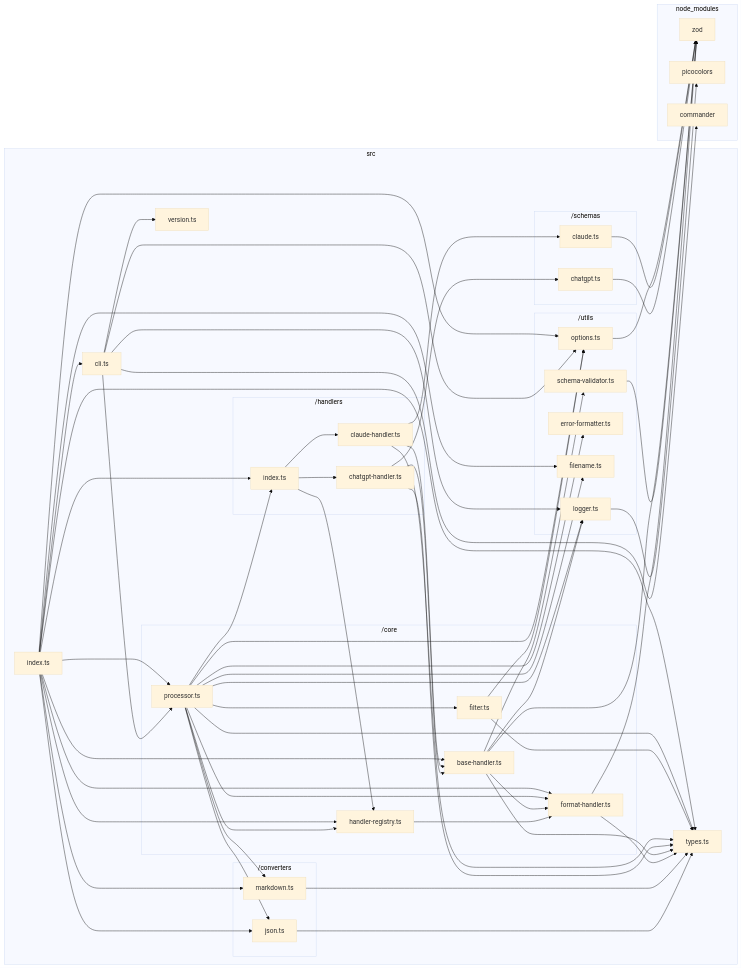
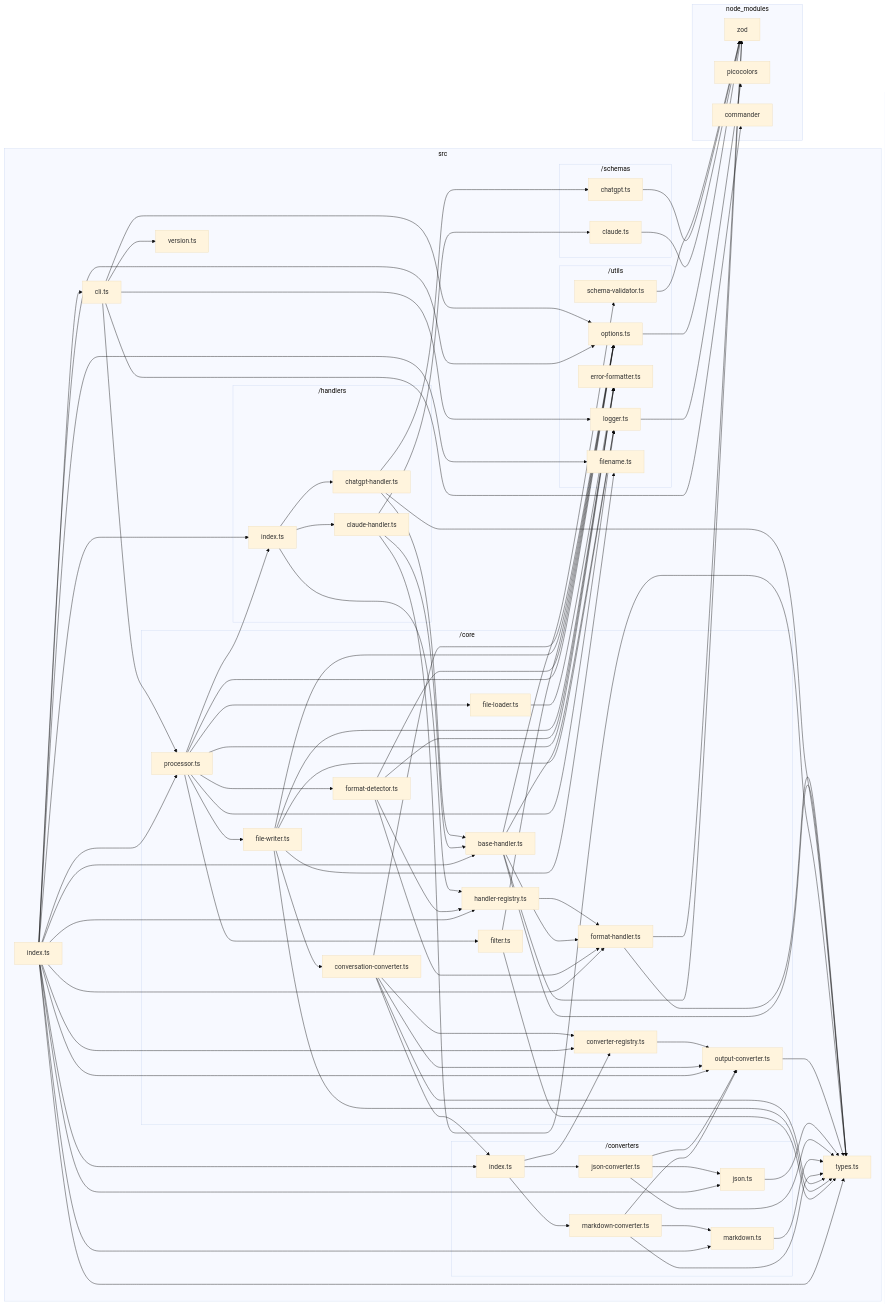
One commit to sugurutakahashi-1234/ai-chat-md-export changed the diagram in docs/dependency-graphs/typescript-graph.md. Above: the diagram before and after it, drawn with Mermaid (base theme). The commit also changed 10 other files, not shown here.

Commit message:
feat: implement conversation converter and file writer for output handling

```diff
--- a/docs/dependency-graphs/typescript-graph.md
+++ b/docs/dependency-graphs/typescript-graph.md
@@ -11,23 +11,25 @@
         src/version.ts["version.ts"]
         src/cli.ts["cli.ts"]
         src/index.ts["index.ts"]
-        subgraph src/converters["/converters"]
-            src/converters/json.ts["json.ts"]
-            src/converters/markdown.ts["markdown.ts"]
-        end
         subgraph src/core["/core"]
             src/core/format//handler.ts["format-handler.ts"]
             src/core/handler//registry.ts["handler-registry.ts"]
             src/core/base//handler.ts["base-handler.ts"]
+            src/core/file//loader.ts["file-loader.ts"]
+            src/core/output//converter.ts["output-converter.ts"]
+            src/core/converter//registry.ts["converter-registry.ts"]
+            src/core/conversation//converter.ts["conversation-converter.ts"]
+            src/core/file//writer.ts["file-writer.ts"]
             src/core/filter.ts["filter.ts"]
+            src/core/format//detector.ts["format-detector.ts"]
             src/core/processor.ts["processor.ts"]
         end
         subgraph src/utils["/utils"]
             src/utils/logger.ts["logger.ts"]
             src/utils/schema//validator.ts["schema-validator.ts"]
             src/utils/error//formatter.ts["error-formatter.ts"]
+            src/utils/options.ts["options.ts"]
             src/utils/filename.ts["filename.ts"]
-            src/utils/options.ts["options.ts"]
         end
         subgraph src/schemas["/schemas"]
             src/schemas/chatgpt.ts["chatgpt.ts"]
@@ -38,14 +40,19 @@
             src/handlers/claude//handler.ts["claude-handler.ts"]
             src/handlers/index.ts["index.ts"]
         end
+        subgraph src/converters["/converters"]
+            src/converters/json.ts["json.ts"]
+            src/converters/json//converter.ts["json-converter.ts"]
+            src/converters/markdown.ts["markdown.ts"]
+            src/converters/markdown//converter.ts["markdown-converter.ts"]
+            src/converters/index.ts["index.ts"]
+        end
     end
     subgraph node//modules["node_modules"]
         node//modules/zod/index.d.cts["zod"]
         node//modules/picocolors/picocolors.d.ts["picocolors"]
         node//modules/commander/typings/index.d.ts["commander"]
     end
-    src/converters/json.ts-->src/types.ts
-    src/converters/markdown.ts-->src/types.ts
     src/core/format//handler.ts-->node//modules/zod/index.d.cts
     src/core/format//handler.ts-->src/types.ts
     src/core/handler//registry.ts-->src/core/format//handler.ts
@@ -68,30 +75,59 @@
     src/handlers/index.ts-->src/handlers/chatgpt//handler.ts
     src/handlers/index.ts-->src/handlers/claude//handler.ts
     src/utils/options.ts-->node//modules/zod/index.d.cts
+    src/core/file//loader.ts-->src/utils/error//formatter.ts
+    src/core/output//converter.ts-->src/types.ts
+    src/core/converter//registry.ts-->src/core/output//converter.ts
+    src/converters/json.ts-->src/types.ts
+    src/converters/json//converter.ts-->src/core/output//converter.ts
+    src/converters/json//converter.ts-->src/types.ts
+    src/converters/json//converter.ts-->src/converters/json.ts
+    src/converters/markdown.ts-->src/types.ts
+    src/converters/markdown//converter.ts-->src/core/output//converter.ts
+    src/converters/markdown//converter.ts-->src/types.ts
+    src/converters/markdown//converter.ts-->src/converters/markdown.ts
+    src/converters/index.ts-->src/core/converter//registry.ts
+    src/converters/index.ts-->src/converters/json//converter.ts
+    src/converters/index.ts-->src/converters/markdown//converter.ts
+    src/core/conversation//converter.ts-->src/converters/index.ts
+    src/core/conversation//converter.ts-->src/types.ts
+    src/core/conversation//converter.ts-->src/utils/options.ts
+    src/core/conversation//converter.ts-->src/core/converter//registry.ts
+    src/core/conversation//converter.ts-->src/core/output//converter.ts
+    src/core/file//writer.ts-->src/types.ts
+    src/core/file//writer.ts-->src/utils/error//formatter.ts
+    src/core/file//writer.ts-->src/utils/filename.ts
+    src/core/file//writer.ts-->src/utils/logger.ts
+    src/core/file//writer.ts-->src/utils/options.ts
+    src/core/file//writer.ts-->src/core/conversation//converter.ts
     src/core/filter.ts-->src/types.ts
     src/core/filter.ts-->src/utils/options.ts
-    src/core/processor.ts-->src/converters/json.ts
-    src/core/processor.ts-->src/converters/markdown.ts
+    src/core/format//detector.ts-->src/utils/error//formatter.ts
+    src/core/format//detector.ts-->src/utils/options.ts
+    src/core/format//detector.ts-->src/core/format//handler.ts
+    src/core/format//detector.ts-->src/core/handler//registry.ts
     src/core/processor.ts-->src/handlers/index.ts
-    src/core/processor.ts-->src/types.ts
     src/core/processor.ts-->src/utils/error//formatter.ts
-    src/core/processor.ts-->src/utils/filename.ts
     src/core/processor.ts-->src/utils/logger.ts
     src/core/processor.ts-->src/utils/options.ts
+    src/core/processor.ts-->src/core/file//loader.ts
+    src/core/processor.ts-->src/core/file//writer.ts
     src/core/processor.ts-->src/core/filter.ts
-    src/core/processor.ts-->src/core/format//handler.ts
-    src/core/processor.ts-->src/core/handler//registry.ts
+    src/core/processor.ts-->src/core/format//detector.ts
     src/cli.ts-->node//modules/commander/typings/index.d.ts
     src/cli.ts-->src/core/processor.ts
     src/cli.ts-->src/utils/logger.ts
     src/cli.ts-->src/utils/options.ts
     src/cli.ts-->src/version.ts
     src/index.ts-->src/cli.ts
+    src/index.ts-->src/converters/index.ts
     src/index.ts-->src/converters/json.ts
     src/index.ts-->src/converters/markdown.ts
+    src/index.ts-->src/core/base//handler.ts
+    src/index.ts-->src/core/converter//registry.ts
     src/index.ts-->src/core/format//handler.ts
-    src/index.ts-->src/core/base//handler.ts
     src/index.ts-->src/core/handler//registry.ts
+    src/index.ts-->src/core/output//converter.ts
     src/index.ts-->src/core/processor.ts
     src/index.ts-->src/handlers/index.ts
     src/index.ts-->src/types.ts
```
